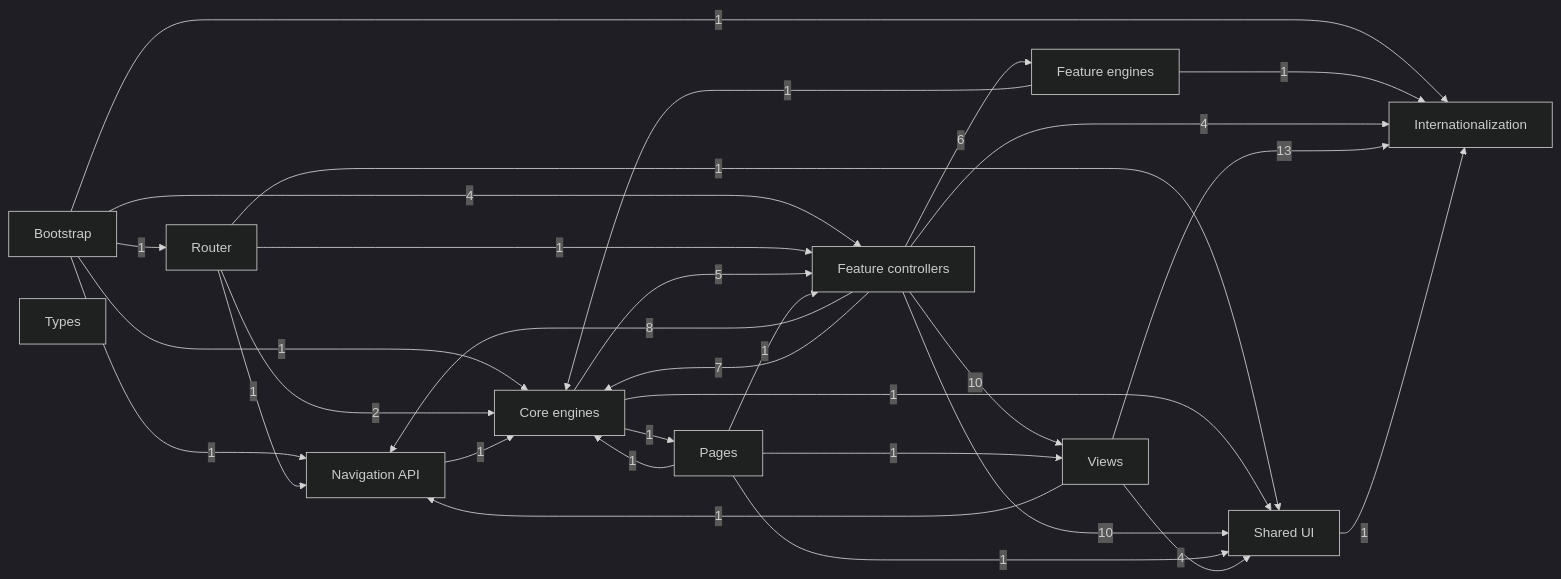
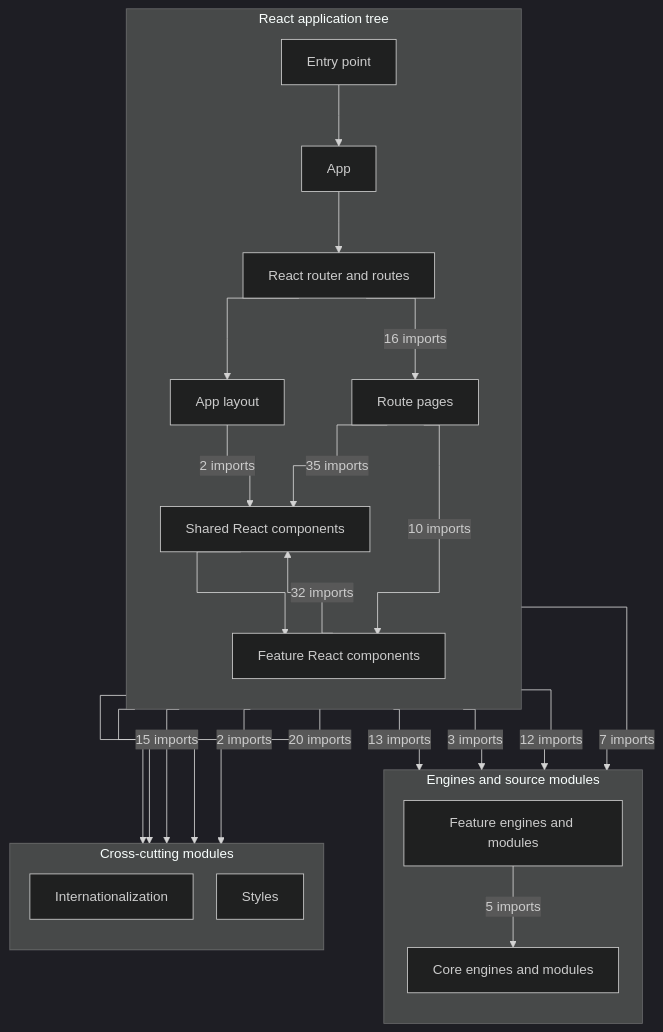
Before and after one commit to temsahak-rgb/Dino-5monde: the first of 9 diagrams in docs/dependency-graph.md, drawn with Mermaid (dark theme). The commit also changed other lines of this file and 73 other files, not shown here.

````diff
--- a/docs/dependency-graph.md
+++ b/docs/dependency-graph.md
@@ -12,43 +12,43 @@
 ```mermaid
-flowchart LR
-    G0["Bootstrap"]
-    G1["Router"]
-    G2["Navigation API"]
-    G3["Core engines"]
-    G4["Feature engines"]
-    G5["Feature controllers"]
-    G6["Pages"]
-    G7["Views"]
-    G8["Shared UI"]
-    G9["Internationalization"]
-    G10["Types"]
-    G0 -->|1| G1
-    G0 -->|1| G2
-    G0 -->|1| G3
-    G0 -->|4| G5
-    G0 -->|1| G9
-    G1 -->|1| G2
-    G1 -->|2| G3
-    G1 -->|1| G5
-    G1 -->|1| G8
-    G2 -->|1| G3
-    G3 -->|5| G5
-    G3 -->|1| G6
-    G3 -->|1| G8
-    G4 -->|1| G3
-    G4 -->|1| G9
-    G5 -->|8| G2
-    G5 -->|7| G3
-    G5 -->|6| G4
-    G5 -->|10| G7
-    G5 -->|10| G8
-    G5 -->|4| G9
-    G6 -->|1| G3
-    G6 -->|1| G5
-    G6 -->|1| G7
-    G6 -->|1| G8
-    G7 -->|1| G2
-    G7 -->|4| G8
-    G7 -->|13| G9
-    G8 -->|1| G9
+%%{init: {"flowchart": {"curve": "stepAfter", "nodeSpacing": 28, "rankSpacing": 48}}}%%
+flowchart TB
+    subgraph R["React application tree"]
+        direction TB
+        G0["Entry point"]
+        G1["App"]
+        G2["React router and routes"]
+        G3["App layout"]
+        G4["Route pages"]
+        G5["Shared React components"]
+        G6["Feature React components"]
+    end
+    subgraph L["Engines and source modules"]
+        direction TB
+        G7["Feature engines and modules"]
+        G8["Core engines and modules"]
+    end
+    subgraph C["Cross-cutting modules"]
+        direction TB
+        G9["Internationalization"]
+        G11["Styles"]
+    end
+    G0 --> G1
+    G0 --> G11
+    G1 --> G2
+    G1 --> G9
+    G2 --> G3
+    G2 -->|16 imports| G4
+    G3 -->|2 imports| G5
+    G4 -->|35 imports| G5
+    G4 -->|10 imports| G6
+    G4 -->|13 imports| G7
+    G4 -->|3 imports| G8
+    G4 -->|15 imports| G9
+    G5 --> G6
+    G5 -->|2 imports| G9
+    G6 -->|32 imports| G5
+    G6 -->|12 imports| G7
+    G6 -->|7 imports| G8
+    G6 -->|20 imports| G9
+    G7 -->|5 imports| G8
 ```
````
